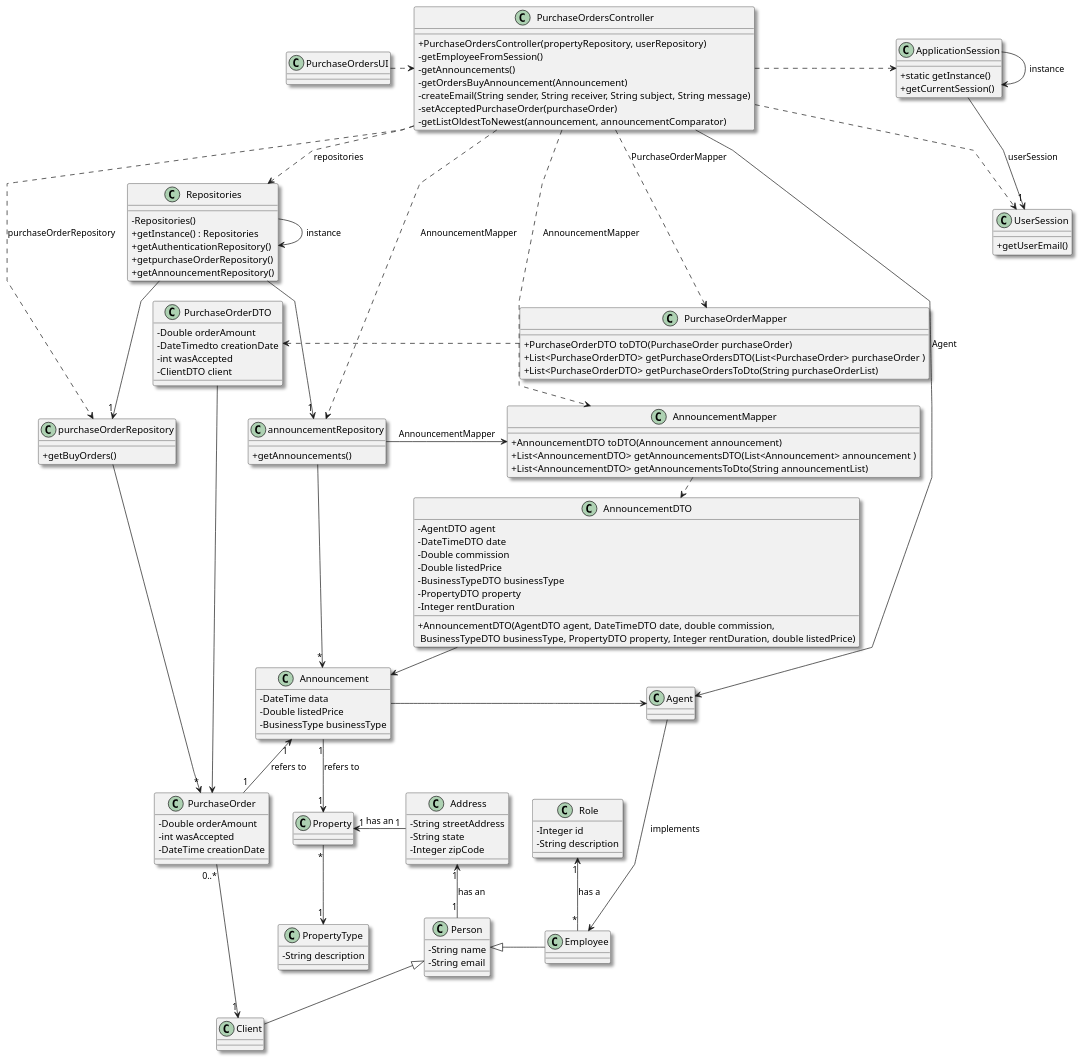
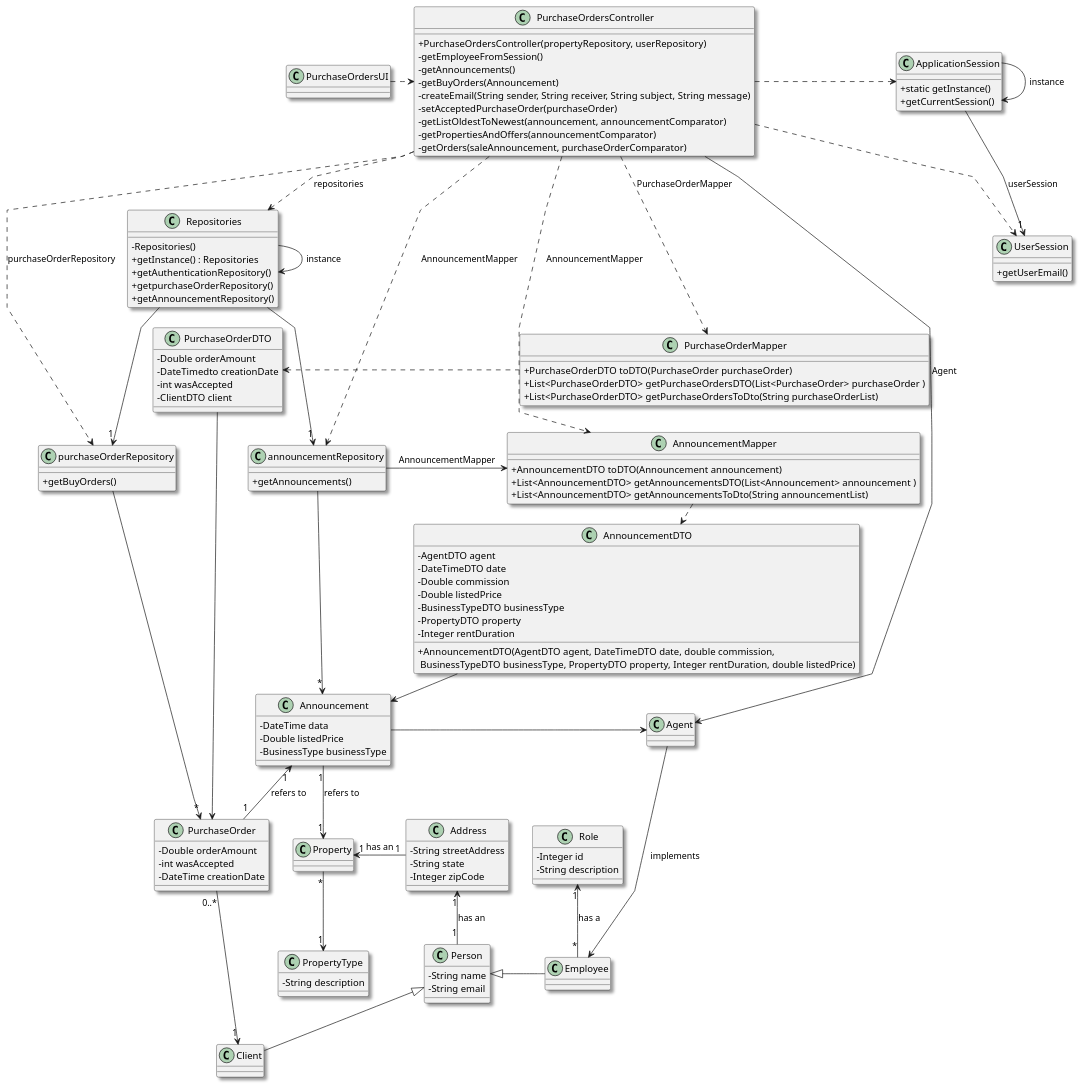
The diagram in docs/sprintD/us011/03.design/puml/us011-class-diagram.puml (Shushizinho/RealEstateUSASystem), drawn with PlantUML before and after one commit. The commit also changed 10 other files, not shown here.

```diff
--- a/docs/sprintD/us011/03.design/puml/us011-class-diagram.puml
+++ b/docs/sprintD/us011/03.design/puml/us011-class-diagram.puml
@@ -1,185 +1,187 @@
 @startuml
 'skinparam monochrome true
 skinparam packageStyle rectangle
 skinparam shadowing true
 skinparam linetype polyline
 'skinparam linetype orto
 
 
 skinparam classAttributeIconSize 0
 
 'left to right direction
 
 class ApplicationSession
 {
     + static getInstance()
     + getCurrentSession()
 }
 
 class UserSession
 {
     + getUserEmail()
 }
 
 
 class Address{
      - String streetAddress
      - String state
      - Integer zipCode
 }
 
 
 class Person{
     - String name
 '    - Integer passportNumber
 '    - String taxNumber
     - String email
 '    - Long phoneNumber
 }
 
 class Employee{
 
 }
 
 class Announcement{
     - DateTime data
 '    - Double commission
     - Double listedPrice
     - BusinessType businessType
 '    -Integer rentDuration
 }
 
 
 class Repositories {
     - Repositories()
     + getInstance() : Repositories
     + getAuthenticationRepository()
     + getpurchaseOrderRepository()
     + getAnnouncementRepository()
 }
 
 class purchaseOrderRepository {
     + getBuyOrders()
 '    + placeOrder(orderAmount, propertyDescription)
 '    - addOffer(order)
 '    - validateOffer(order)
 }
 
 class announcementRepository{
     + getAnnouncements()
 }
 
 class PurchaseOrder {
     - Double orderAmount
     - int wasAccepted
     - DateTime creationDate
 }
 
 class Property {
 '    -double price
 '    -double area
 '    -double distanceToCentre
 '    -List <Photograph> photographs
 '    PropertyType propertyType
 '    DateTime date
 }
 
 class Client {
 }
 
 
 class Agent {
 
 }
 
 class AnnouncementMapper {
 +AnnouncementDTO toDTO(Announcement announcement)
 +List<AnnouncementDTO> getAnnouncementsDTO(List<Announcement> announcement )
 +List<AnnouncementDTO> getAnnouncementsToDto(String announcementList)
 
 }
 
 class AnnouncementDTO{
     - AgentDTO agent
     - DateTimeDTO date
     - Double commission
     - Double listedPrice
     - BusinessTypeDTO businessType
     - PropertyDTO property
     -Integer rentDuration
     +AnnouncementDTO(AgentDTO agent, DateTimeDTO date, double commission,\n BusinessTypeDTO businessType, PropertyDTO property, Integer rentDuration, double listedPrice)
 }
 
 class PurchaseOrderMapper {
 +PurchaseOrderDTO toDTO(PurchaseOrder purchaseOrder)
 +List<PurchaseOrderDTO> getPurchaseOrdersDTO(List<PurchaseOrder> purchaseOrder )
 +List<PurchaseOrderDTO> getPurchaseOrdersToDto(String purchaseOrderList)
 }
 
 class PurchaseOrderDTO {
     - Double orderAmount
     - DateTimedto creationDate
     - int wasAccepted
     -ClientDTO client
 
 }
 
 class Role {
 -Integer id
 -String description
 }
 
 class PropertyType{
 -String description
 }
 
 class PurchaseOrdersController {
     + PurchaseOrdersController(propertyRepository, userRepository)
     - getEmployeeFromSession()
     - getAnnouncements()
-    -getOrdersBuyAnnouncement(Announcement)
+    - getBuyOrders(Announcement)
     - createEmail(String sender, String receiver, String subject, String message)
     - setAcceptedPurchaseOrder(purchaseOrder)
     - getListOldestToNewest(announcement, announcementComparator)
+    - getPropertiesAndOffers(announcementComparator)
+    - getOrders(saleAnnouncement, purchaseOrderComparator)
 }
 
 
 class PurchaseOrdersUI {
 }
 
 ApplicationSession -> ApplicationSession : instance
 PurchaseOrdersUI .> PurchaseOrdersController
 ApplicationSession --> "1" UserSession : userSession
 PurchaseOrdersController .> ApplicationSession
 PurchaseOrdersController ..> UserSession
 PurchaseOrdersController .> Repositories : repositories
 Repositories -> Repositories : instance
 PurchaseOrdersController --> Agent : Agent
 Agent -> Employee : implements
 Address "1" <-- "1"  Person : has an
 Person <|- Employee
 Property "1" <- "1"  Address : has an
 PurchaseOrdersController ...> purchaseOrderRepository : purchaseOrderRepository
 Repositories --> "1" purchaseOrderRepository
 Repositories --> "1" announcementRepository
 announcementRepository --> "*" Announcement
 Announcement "1" --> "1" Property : refers to
 Announcement"1" <-- "1"PurchaseOrder : refers to
 purchaseOrderRepository -> "*" PurchaseOrder
 PurchaseOrdersController ...> announcementRepository : AnnouncementMapper
 announcementRepository -> AnnouncementMapper : AnnouncementMapper
 PurchaseOrdersController ..> AnnouncementMapper : AnnouncementMapper
 AnnouncementMapper .> AnnouncementDTO
 AnnouncementDTO -> Announcement
 Announcement -> Agent
 PurchaseOrdersController ..> PurchaseOrderMapper : PurchaseOrderMapper
 Person <|-- Client
 PurchaseOrder"0..*" --> "1"Client
 PurchaseOrderMapper .> PurchaseOrderDTO
 PurchaseOrderDTO -> PurchaseOrder
 Property "*" --> "1"PropertyType
 Role"1" <-- "*"Employee : has a
 
 
 
 @enduml
```
